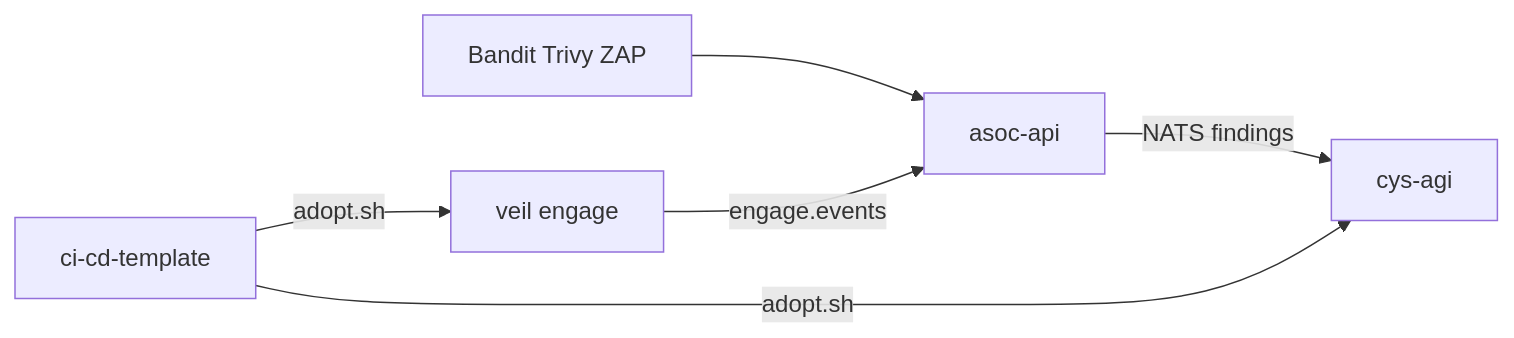
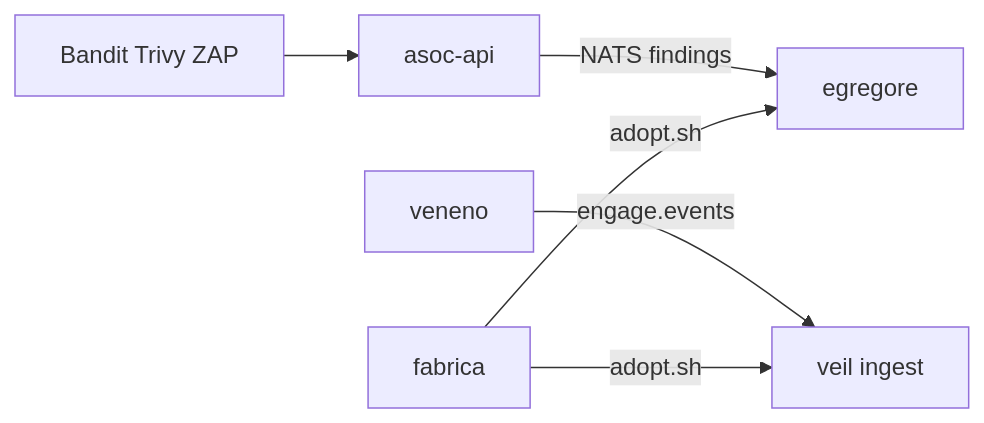
One commit to butbeautifulv/cxado changed the third of 4 diagrams in docs/ecosystem-map.md. Above: the diagram before and after it, drawn with Mermaid. The commit also changed other lines of this file and 14 other files, not shown here.

First line of the commit message:
Rename submodules to egregore and fabrica; wire veneno split.

````diff
--- a/docs/ecosystem-map.md
+++ b/docs/ecosystem-map.md
@@ -66,8 +93,8 @@
 ```mermaid
 flowchart LR
   SCANNERS[Bandit Trivy ZAP] --> ASOC[asoc-api]
-  ASOC -->|NATS findings| AGI[cys-agi]
-  VEIL[veil engage] -->|engage.events| ASOC
-  CICD[ci-cd-template] -->|adopt.sh| AGI
+  ASOC -->|NATS findings| AGI[egregore]
+  VENENO[veneno] -->|engage.events| VEIL[veil ingest]
+  CICD[fabrica] -->|adopt.sh| AGI
   CICD -->|adopt.sh| VEIL
 ```
````
